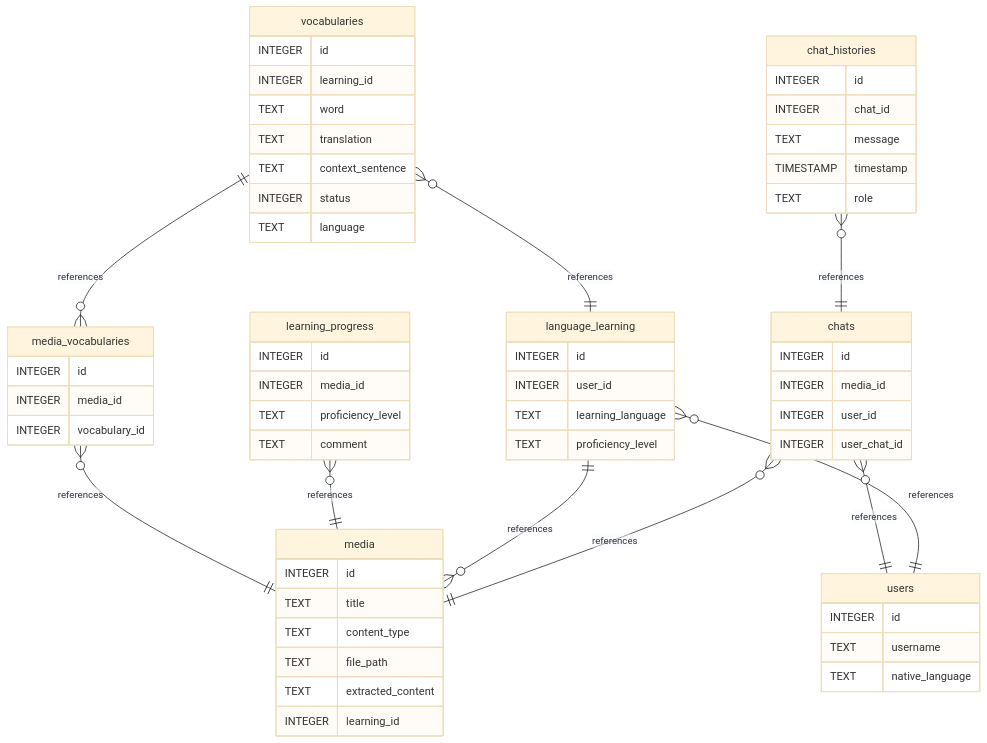
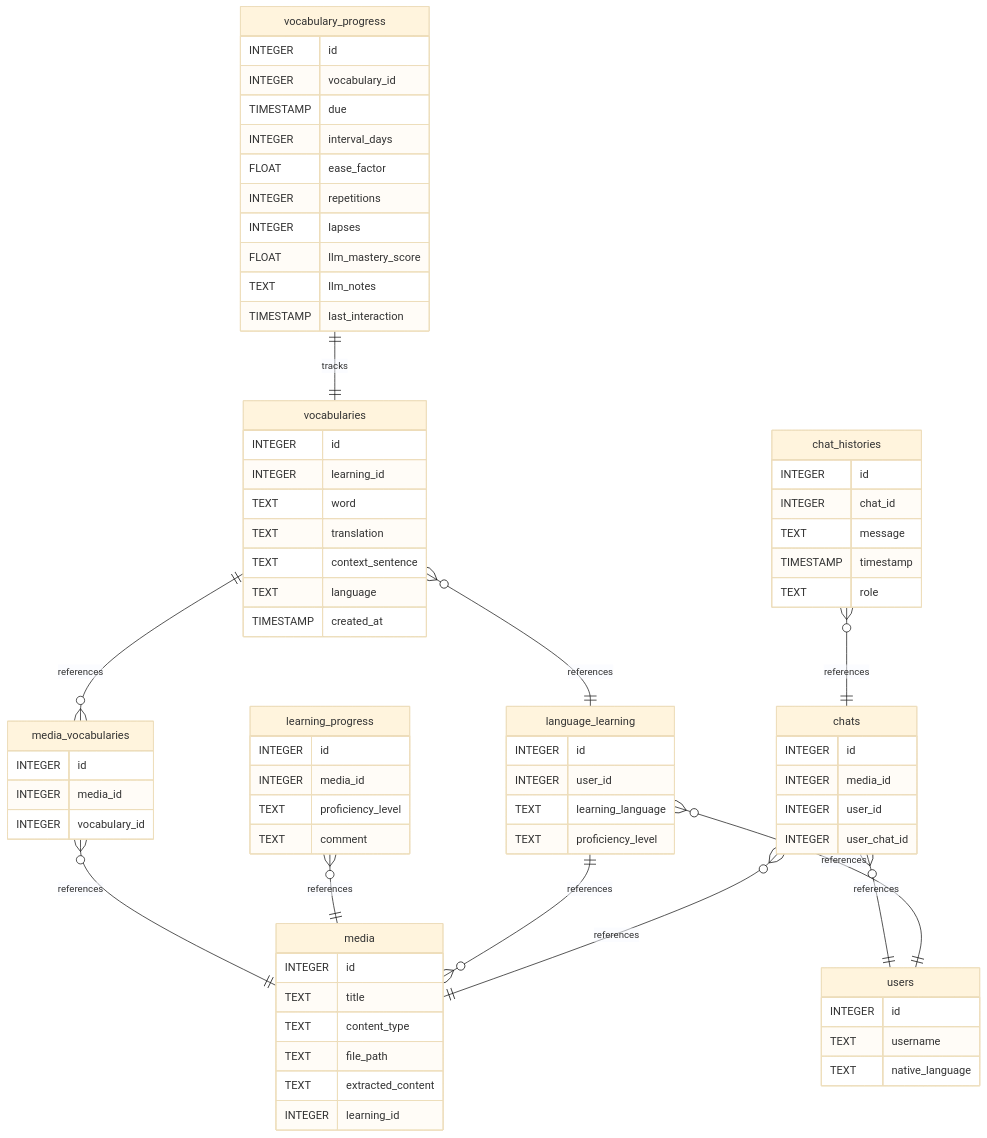
One commit to BurkhardtJan/Dengwa-AI changed the second of 2 diagrams in README.md. Above: the diagram before and after it, drawn with Mermaid (base theme). The commit also changed other lines of this file and 2 other files, not shown here.

Commit message:
Added CRUD to vocabulary endpoint

````diff
--- a/README.md
+++ b/README.md
@@ -140,73 +143,88 @@
 ```mermaid
 erDiagram
-    chat_histories }o--|| chats: references
-    chats }o--|| media: references
-    language_learning }o--|| users: references
-    language_learning ||--o{ media: references
-    learning_progress }o--|| media: references
-    media_vocabularies }o--|| media: references
-    vocabularies ||--o{ media_vocabularies: references
-    vocabularies }o--|| language_learning: references
-    chats }o--|| users: references
+    chat_histories }o--|| chats : references
+    chats }o--|| media : references
+    language_learning }o--|| users : references
+    language_learning ||--o{ media : references
+    learning_progress }o--|| media : references
+    media_vocabularies }o--|| media : references
+    vocabularies ||--o{ media_vocabularies : references
+    vocabularies }o--|| language_learning : references
+    chats }o--|| users : references
+
+    %% Neue Verknüpfung für das SRS/LLM-Tracking
+    vocabulary_progress ||--|| vocabularies : tracks
 
     users {
-        INTEGER id
-        TEXT username
-        TEXT native_language
+       INTEGER id
+       TEXT username
+       TEXT native_language
     }
 
     media {
-        INTEGER id
-        TEXT title
-        TEXT content_type
-        TEXT file_path
-        TEXT extracted_content
-        INTEGER learning_id
+       INTEGER id
+       TEXT title
+       TEXT content_type
+       TEXT file_path
+       TEXT extracted_content
+       INTEGER learning_id
     }
 
     vocabularies {
-        INTEGER id
-        INTEGER learning_id
-        TEXT word
-        TEXT translation
-        TEXT context_sentence
-        INTEGER status
-        TEXT language
+       INTEGER id
+       INTEGER learning_id
+       TEXT word
+       TEXT translation
+       TEXT context_sentence
+       TEXT language
+       TIMESTAMP created_at
+    }
+
+    vocabulary_progress {
+       INTEGER id
+       INTEGER vocabulary_id
+       TIMESTAMP due
+       INTEGER interval_days
+       FLOAT ease_factor
+       INTEGER repetitions
+       INTEGER lapses
+       FLOAT llm_mastery_score
+       TEXT llm_notes
+       TIMESTAMP last_interaction
     }
 
     chats {
-        INTEGER id
-        INTEGER media_id
-        INTEGER user_id
-        INTEGER user_chat_id
-
+       INTEGER id
+       INTEGER media_id
+       INTEGER user_id
+       INTEGER user_chat_id
     }
 
     chat_histories {
-        INTEGER id
-        INTEGER chat_id
-        TEXT message
-        TIMESTAMP timestamp
-        TEXT role
+       INTEGER id
+       INTEGER chat_id
+       TEXT message
+       TIMESTAMP timestamp
+       TEXT role
     }
 
     language_learning {
-        INTEGER id
-        INTEGER user_id
-        TEXT learning_language
-        TEXT proficiency_level
+       INTEGER id
+       INTEGER user_id
+       TEXT learning_language
+       TEXT proficiency_level
     }
 
     learning_progress {
-        INTEGER id
-        INTEGER media_id
-        TEXT proficiency_level
-        TEXT comment
+       INTEGER id
+       INTEGER media_id
+       TEXT proficiency_level
+       TEXT comment
     }
 
     media_vocabularies {
-        INTEGER id
-        INTEGER media_id
-        INTEGER vocabulary_id
+       INTEGER id
+       INTEGER media_id
+       INTEGER vocabulary_id
     }
 ```
````
